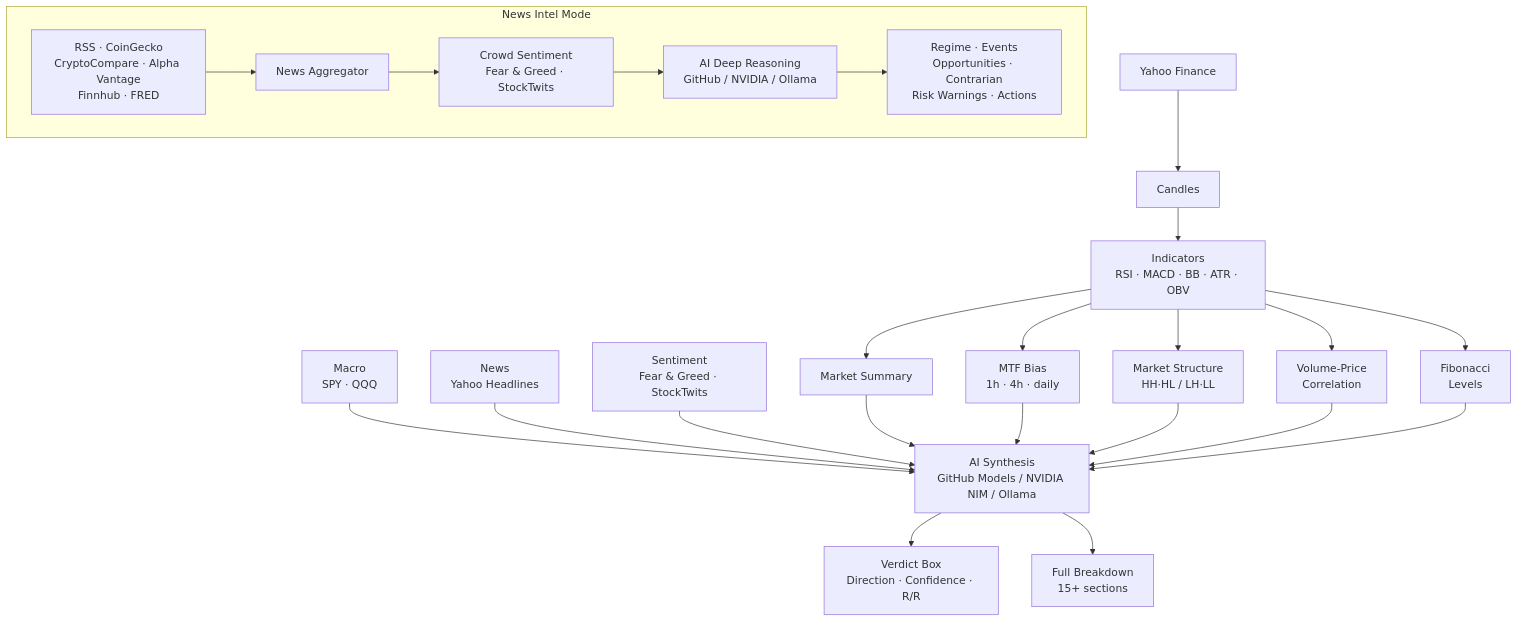
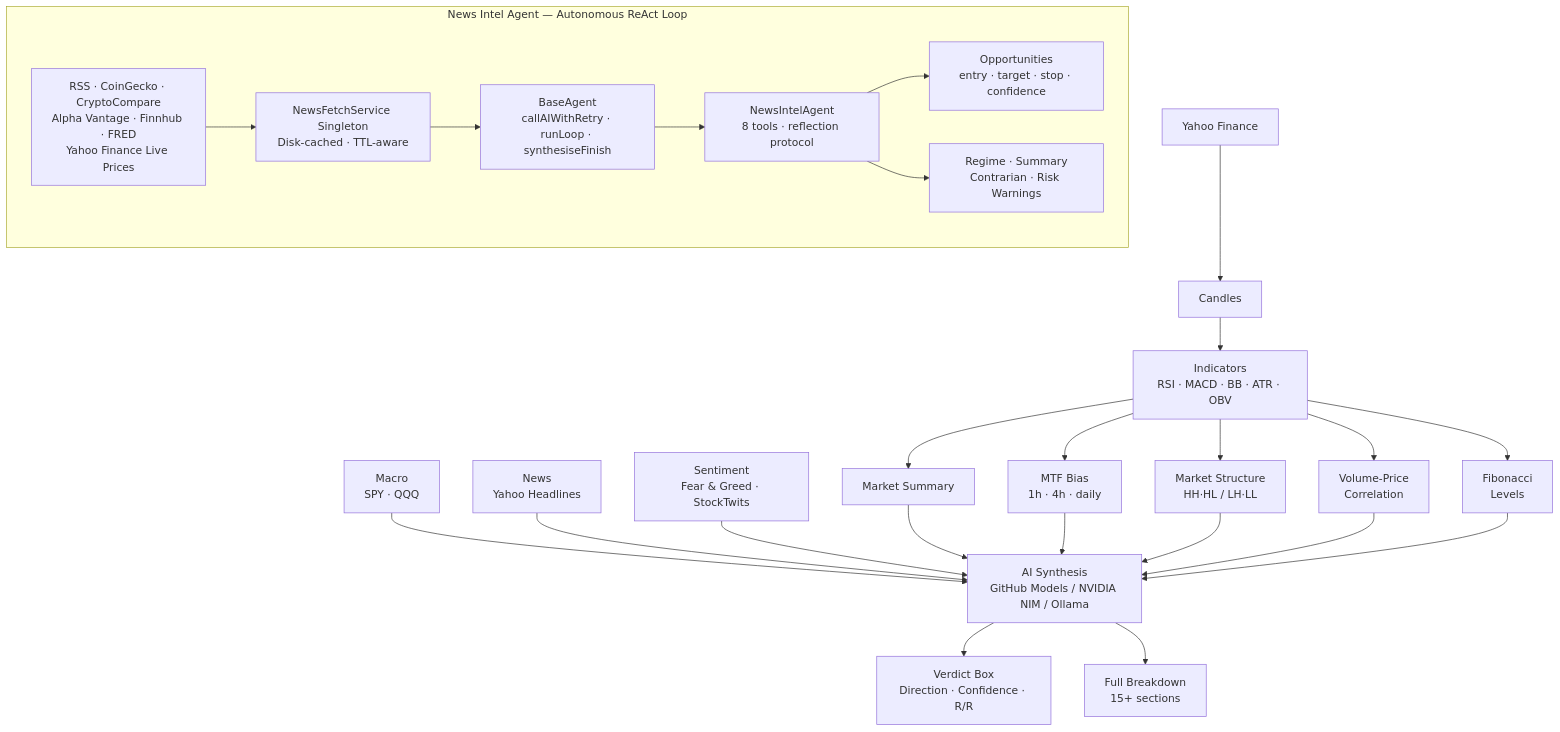
The diagram in README.md (AlGhozaliRamadhan/BOZ), drawn with Mermaid before and after one commit. The commit also changed other lines of this file and 24 other files, not shown here.

````diff
--- a/README.md
+++ b/README.md
@@ -123,30 +196,31 @@
 ```mermaid
 flowchart TD
     YF[Yahoo Finance] --> CD[Candles]
     CD --> IND[Indicators\nRSI · MACD · BB · ATR · OBV]
     IND --> MS[Market Summary]
     IND --> MTF[MTF Bias\n1h · 4h · daily]
     IND --> STR[Market Structure\nHH·HL / LH·LL]
     IND --> VPC[Volume-Price\nCorrelation]
     IND --> FIB[Fibonacci\nLevels]
 
     MAC[Macro\nSPY · QQQ] --> AI
     NEWS[News\nYahoo Headlines] --> AI
     SENT[Sentiment\nFear & Greed · StockTwits] --> AI
 
     MS --> AI[AI Synthesis\nGitHub Models / NVIDIA NIM / Ollama]
     MTF --> AI
     STR --> AI
     VPC --> AI
     FIB --> AI
 
     AI --> VB[Verdict Box\nDirection · Confidence · R/R]
     AI --> BD[Full Breakdown\n15+ sections]
 
-    subgraph NewsIntel[News Intel Mode]
-      NF[RSS · CoinGecko\nCryptoCompare · Alpha Vantage\nFinnhub · FRED] --> NA[News Aggregator]
-      NA --> SENT2[Crowd Sentiment\nFear & Greed · StockTwits]
-      SENT2 --> AI2[AI Deep Reasoning\nGitHub / NVIDIA / Ollama]
-      AI2 --> NR[Regime · Events\nOpportunities · Contrarian\nRisk Warnings · Actions]
+    subgraph NewsIntelAgent[News Intel Agent — Autonomous ReAct Loop]
+      NF[RSS · CoinGecko · CryptoCompare\nAlpha Vantage · Finnhub · FRED\nYahoo Finance Live Prices] --> NFS[NewsFetchService Singleton\nDisk-cached · TTL-aware]
+      NFS --> BA[BaseAgent\ncallAIWithRetry · runLoop · synthesiseFinish]
+      BA --> NIA[NewsIntelAgent\n8 tools · reflection protocol]
+      NIA --> OPP[Opportunities\nentry · target · stop · confidence]
+      NIA --> REG[Regime · Summary\nContrarian · Risk Warnings]
     end
 ```
````
